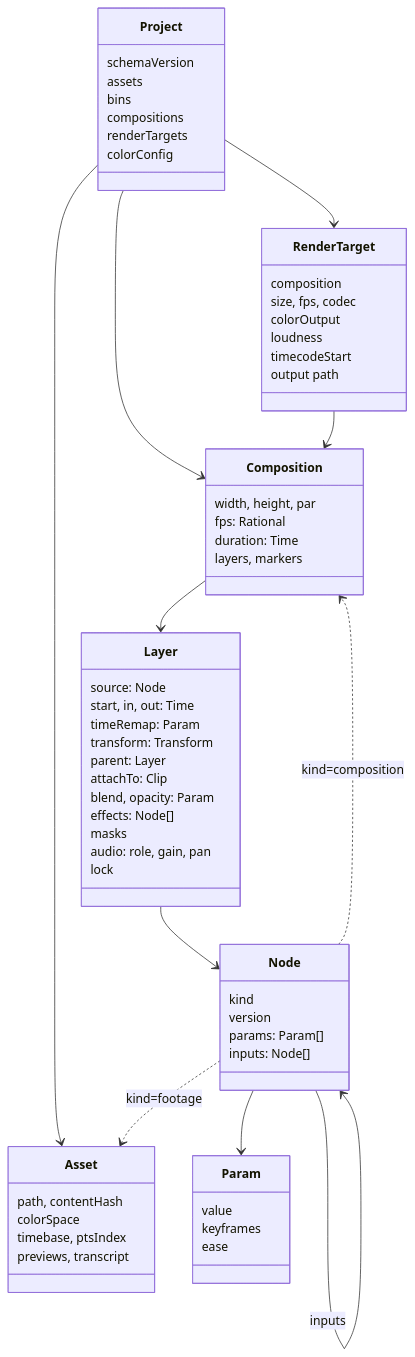
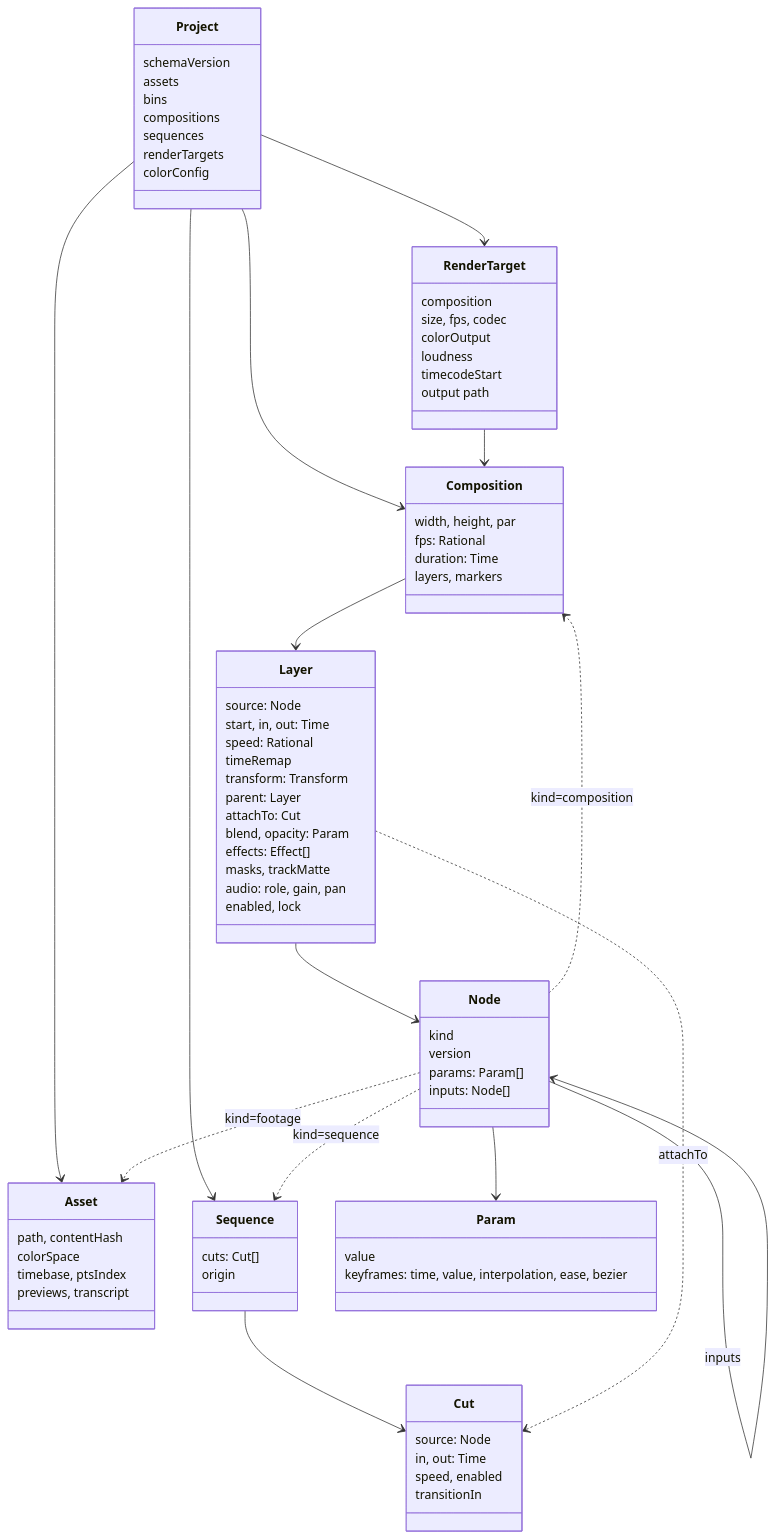
One commit to Durun/claude-marketplace changed the diagram in movie-maker/docs/design/03-data-model.md. Above: the diagram before and after it, drawn with Mermaid. The commit also changed other lines of this file and 1 other file, not shown here.

Commit message:
docs(movie-maker): データの形と sequence の設計書を v3 のスキーマに合わせる
Claude-Session: https://claude.ai/code/session_019jHytrXqejdP9vSdGinNpm

````diff
--- a/movie-maker/docs/design/03-data-model.md
+++ b/movie-maker/docs/design/03-data-model.md
@@ -3,65 +3,80 @@
 ```mermaid
 classDiagram
   class Project {
     schemaVersion
     assets
     bins
     compositions
+    sequences
     renderTargets
     colorConfig
   }
   class Asset {
     path, contentHash
     colorSpace
     timebase, ptsIndex
     previews, transcript
   }
   class Composition {
     width, height, par
     fps: Rational
     duration: Time
     layers, markers
   }
   class Layer {
     source: Node
     start, in, out: Time
-    timeRemap: Param
+    speed: Rational
+    timeRemap
     transform: Transform
     parent: Layer
-    attachTo: Clip
+    attachTo: Cut
     blend, opacity: Param
-    effects: Node[]
-    masks
+    effects: Effect[]
+    masks, trackMatte
     audio: role, gain, pan
-    lock
+    enabled, lock
+  }
+  class Sequence {
+    cuts: Cut[]
+    origin
+  }
+  class Cut {
+    source: Node
+    in, out: Time
+    speed, enabled
+    transitionIn
   }
   class Node {
     kind
     version
     params: Param[]
     inputs: Node[]
   }
   class Param {
     value
-    keyframes
-    ease
+    keyframes: time, value, interpolation, ease, bezier
   }
   class RenderTarget {
     composition
     size, fps, codec
     colorOutput
     loudness
     timecodeStart
     output path
   }
   Project --> Asset
   Project --> Composition
   Project --> RenderTarget
+  Project --> Sequence
+  Sequence --> Cut
+  Layer ..> Cut : attachTo
+  Node ..> Sequence : kind=sequence
   RenderTarget --> Composition
   Composition --> Layer
   Layer --> Node
   Node --> Param
   Node --> Node : inputs
   Node ..> Composition : kind=composition
   Node ..> Asset : kind=footage
 ```
````
